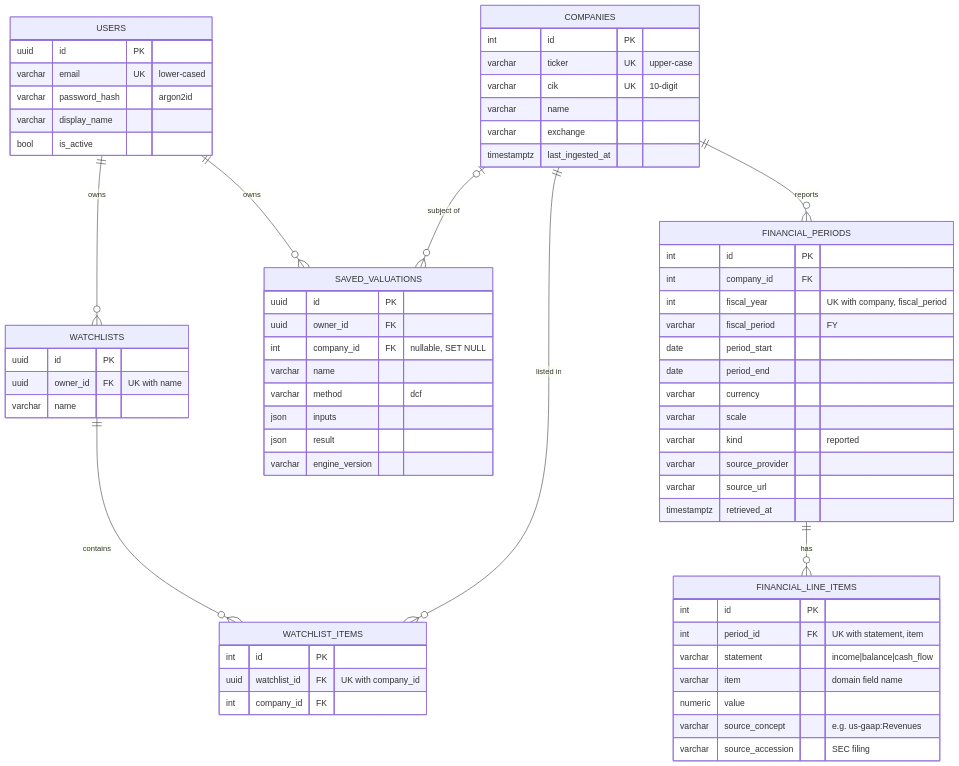
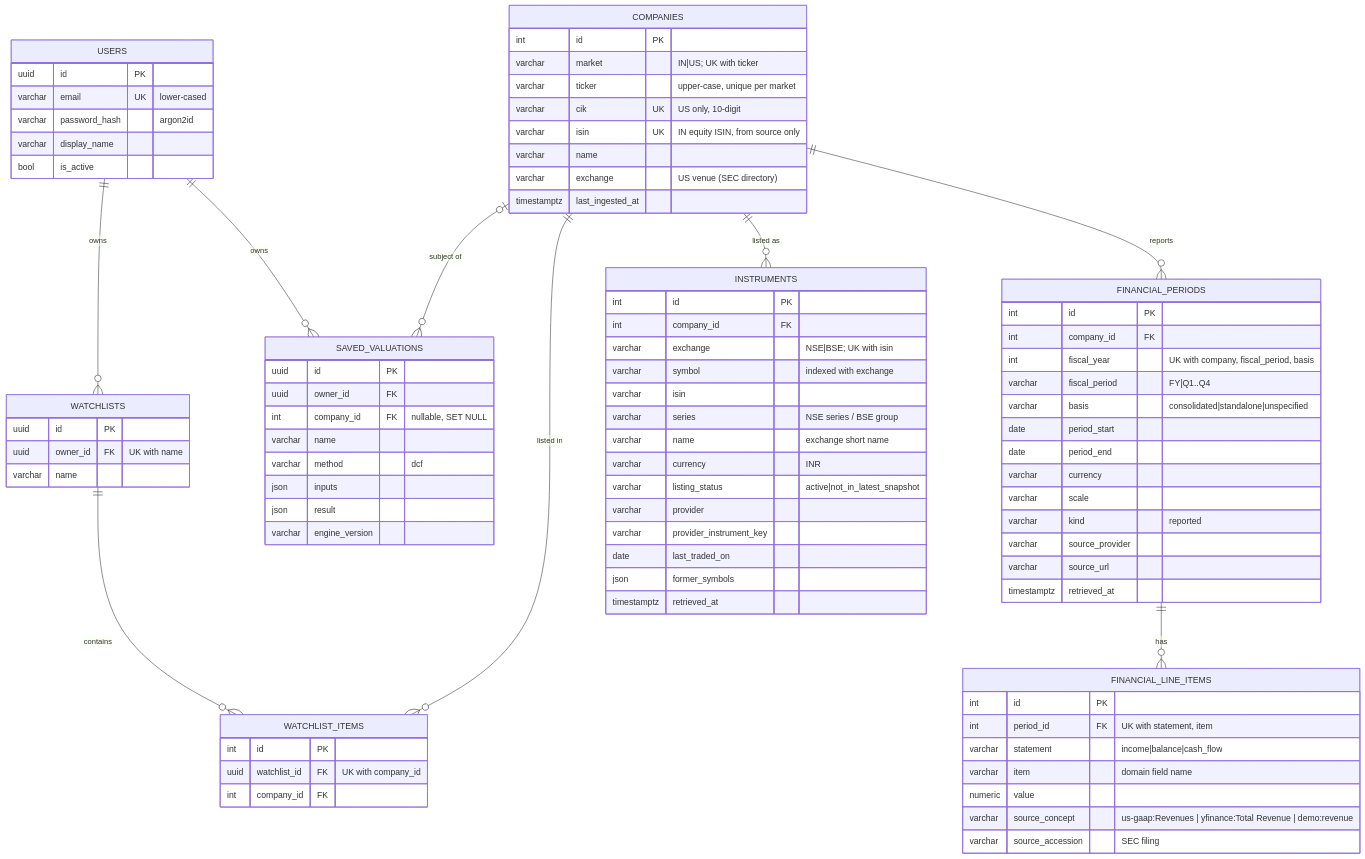
One commit to unknownMagician/finsight changed the sixth of 6 diagrams in SYSTEM_FLOW.md. Above: the diagram before and after it, drawn with Mermaid. The commit also changed other lines of this file and 4 other files, not shown here.

```diff
--- a/SYSTEM_FLOW.md
+++ b/SYSTEM_FLOW.md
@@ -330,6 +474,7 @@
     WATCHLISTS ||--o{ WATCHLIST_ITEMS : contains
     COMPANIES ||--o{ WATCHLIST_ITEMS : "listed in"
     COMPANIES ||--o{ FINANCIAL_PERIODS : reports
+    COMPANIES ||--o{ INSTRUMENTS : "listed as"
     FINANCIAL_PERIODS ||--o{ FINANCIAL_LINE_ITEMS : has
     COMPANIES |o--o{ SAVED_VALUATIONS : "subject of"
 
@@ -342,17 +487,36 @@
     }
     COMPANIES {
         int id PK
-        varchar ticker UK "upper-case"
-        varchar cik UK "10-digit"
+        varchar market "IN|US; UK with ticker"
+        varchar ticker "upper-case, unique per market"
+        varchar cik UK "US only, 10-digit"
+        varchar isin UK "IN equity ISIN, from source only"
         varchar name
-        varchar exchange
+        varchar exchange "US venue (SEC directory)"
         timestamptz last_ingested_at
+    }
+    INSTRUMENTS {
+        int id PK
+        int company_id FK
+        varchar exchange "NSE|BSE; UK with isin"
+        varchar symbol "indexed with exchange"
+        varchar isin
+        varchar series "NSE series / BSE group"
+        varchar name "exchange short name"
+        varchar currency "INR"
+        varchar listing_status "active|not_in_latest_snapshot"
+        varchar provider
+        varchar provider_instrument_key
+        date last_traded_on
+        json former_symbols
+        timestamptz retrieved_at
     }
     FINANCIAL_PERIODS {
         int id PK
         int company_id FK
-        int fiscal_year "UK with company, fiscal_period"
-        varchar fiscal_period "FY"
+        int fiscal_year "UK with company, fiscal_period, basis"
+        varchar fiscal_period "FY|Q1..Q4"
+        varchar basis "consolidated|standalone|unspecified"
         date period_start
         date period_end
         varchar currency
@@ -368,7 +532,7 @@
         varchar statement "income|balance|cash_flow"
         varchar item "domain field name"
         numeric value
-        varchar source_concept "e.g. us-gaap:Revenues"
+        varchar source_concept "us-gaap:Revenues | yfinance:Total Revenue | demo:revenue"
         varchar source_accession "SEC filing"
     }
     WATCHLISTS {
```
